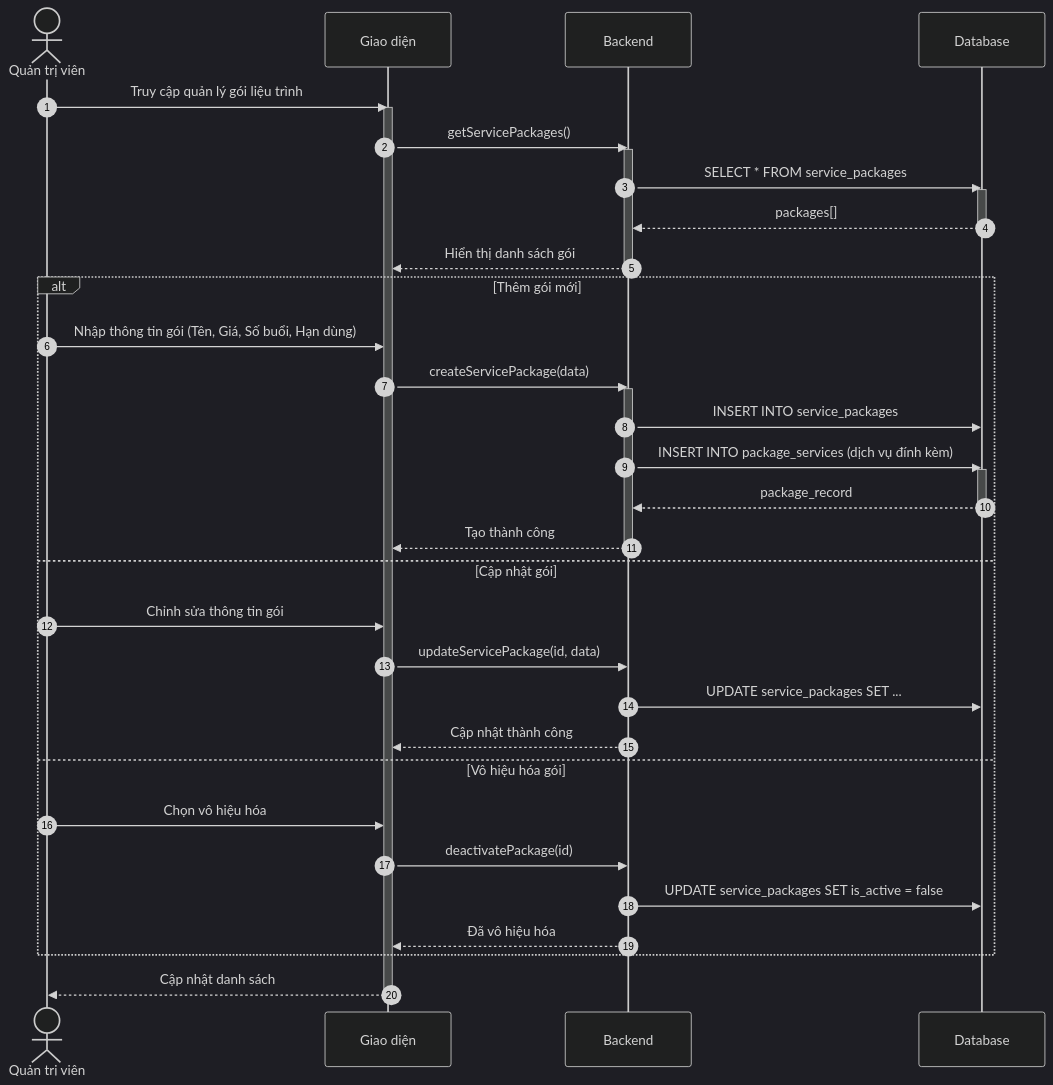
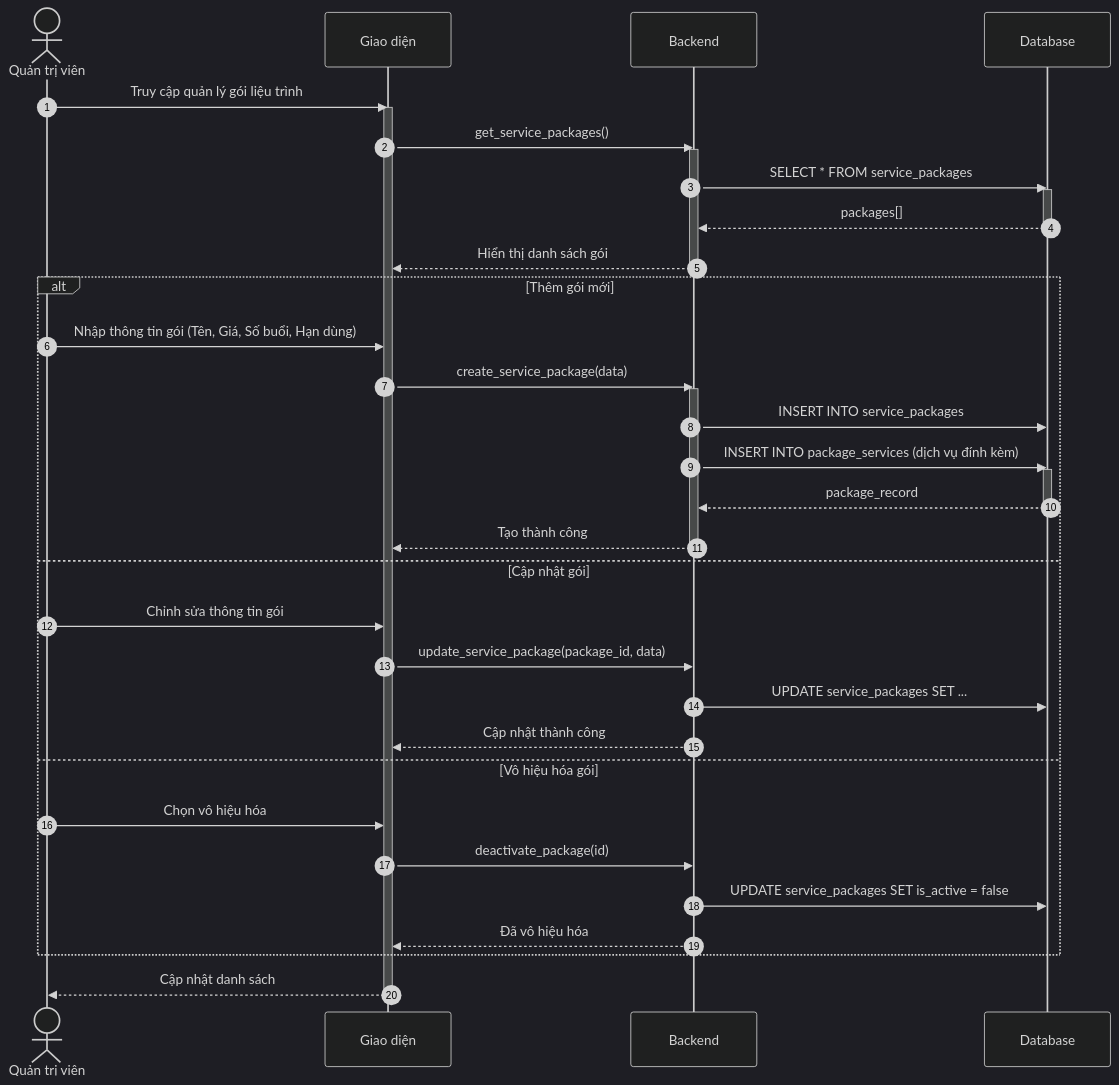
One commit to ngoctinn/Synapse changed the ninth of 11 diagrams in docs/design/sequences/admin_flows.md. Above: the diagram before and after it, drawn with Mermaid (dark theme). The commit also changed other lines of this file and 7 other files, not shown here.

Commit message:
docs: Add initial design documentation for system flows, use cases, and data specification.

````diff
--- a/docs/design/sequences/admin_flows.md
+++ b/docs/design/sequences/admin_flows.md
@@ -395,47 +379,47 @@
 ```mermaid
 sequenceDiagram
     autonumber
     actor QTV as Quản trị viên
     participant UI as Giao diện
     participant BE as Backend
     participant DB as Database
 
     QTV->>UI: Truy cập quản lý gói liệu trình
     activate UI
-    UI->>BE: getServicePackages()
+    UI->>BE: get_service_packages()
     activate BE
 
     BE->>DB: SELECT * FROM service_packages
     activate DB
     DB-->>BE: packages[]
     deactivate DB
 
     BE-->>UI: Hiển thị danh sách gói
     deactivate BE
 
     alt Thêm gói mới
         QTV->>UI: Nhập thông tin gói (Tên, Giá, Số buổi, Hạn dùng)
-        UI->>BE: createServicePackage(data)
+        UI->>BE: create_service_package(data)
         activate BE
         BE->>DB: INSERT INTO service_packages
         BE->>DB: INSERT INTO package_services (dịch vụ đính kèm)
         activate DB
         DB-->>BE: package_record
         deactivate DB
         BE-->>UI: Tạo thành công
         deactivate BE
     else Cập nhật gói
         QTV->>UI: Chỉnh sửa thông tin gói
-        UI->>BE: updateServicePackage(id, data)
+        UI->>BE: update_service_package(package_id, data)
         BE->>DB: UPDATE service_packages SET ...
         BE-->>UI: Cập nhật thành công
     else Vô hiệu hóa gói
         QTV->>UI: Chọn vô hiệu hóa
-        UI->>BE: deactivatePackage(id)
+        UI->>BE: deactivate_package(id)
         BE->>DB: UPDATE service_packages SET is_active = false
         BE-->>UI: Đã vô hiệu hóa
     end
 
     UI-->>QTV: Cập nhật danh sách
     deactivate UI
 ```
````
